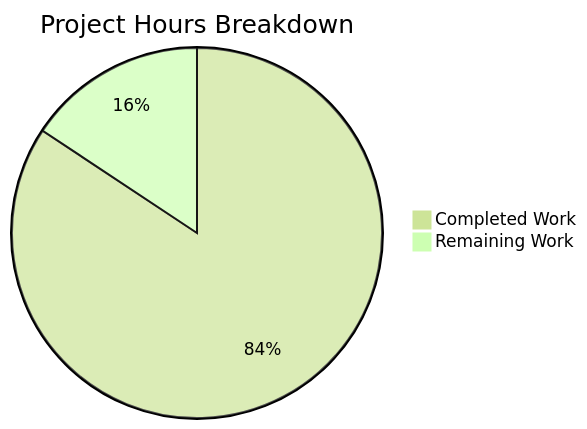
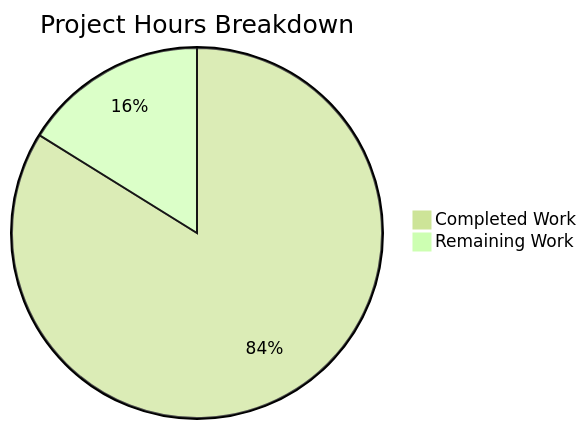
The second of 2 diagrams in blitzy/documentation/Project Guide.md (Blitzy-Sandbox/blitzy-cal), drawn with Mermaid (forest theme) before and after one commit. The commit also changed other lines of this file, not shown here.

Commit message:
Adding Blitzy Project Guide: Project Status and Human Tasks Remaining

````diff
--- a/blitzy/documentation/Project Guide.md
+++ b/blitzy/documentation/Project Guide.md
@@ -210,5 +229,5 @@
 ```mermaid
 pie title Project Hours Breakdown
-    "Completed Work" : 258
-    "Remaining Work" : 48
+    "Completed Work" : 166
+    "Remaining Work" : 32
 ```
````
